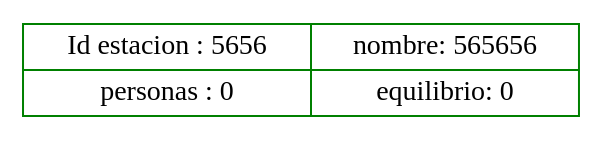
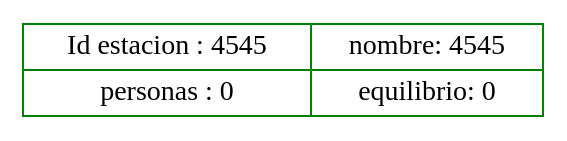
Before and after one commit to raul200920117/Proyecto1s22015_200920117: the diagram in web/images/AVLgeneral.dot, drawn with Graphviz. The commit also changed 8 other files, not shown here.

```diff
--- a/web/images/AVLgeneral.dot
+++ b/web/images/AVLgeneral.dot
@@ -1,5 +1,5 @@
 digraph g { 
-nod5656 [shape=record ,color="green", label= " { Id estacion : 5656 |  personas : 0 } | { nombre: 565656| equilibrio: 0 }  "] ; 
+nod4545 [shape=record ,color="green", label= " { Id estacion : 4545 |  personas : 0 } | { nombre: 4545| equilibrio: 0 }  "] ; 
 
 
 } 
```
